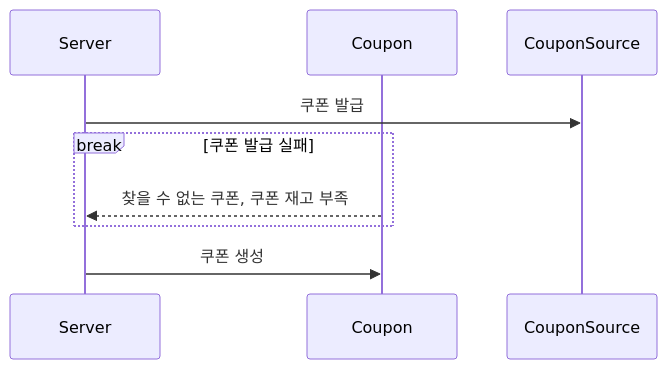
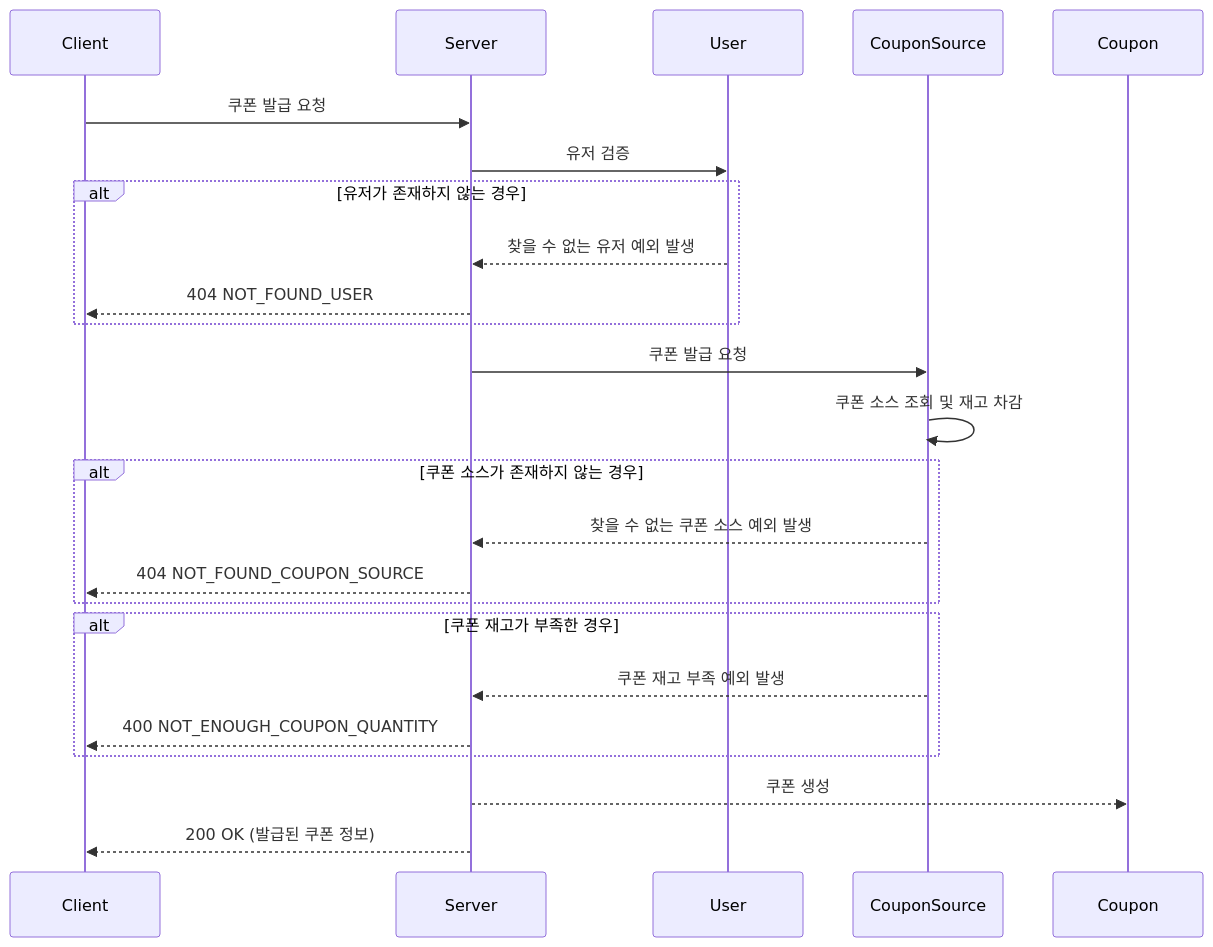
One commit to alert-kim/e-commerce changed the first of 3 diagrams in docs/specs/coupon.md. Above: the diagram before and after it, drawn with Mermaid. The commit also changed other lines of this file and 12 other files, not shown here.

````diff
--- a/docs/specs/coupon.md
+++ b/docs/specs/coupon.md
@@ -7,13 +11,30 @@
 ```mermaid
 sequenceDiagram
+    participant Client
     participant Server
+    participant User
+    participant CouponSource
     participant Coupon
-    participant CouponSource
 
-    Server ->> CouponSource: 쿠폰 발급
-    break 쿠폰 발급 실패
-        Coupon -->> Server: 찾을 수 없는 쿠폰, 쿠폰 재고 부족
+    Client ->> Server: 쿠폰 발급 요청
+    Server ->> User: 유저 검증
+    alt 유저가 존재하지 않는 경우
+        User -->> Server: 찾을 수 없는 유저 예외 발생
+        Server -->> Client: 404 NOT_FOUND_USER
     end
 
-    Server ->> Coupon: 쿠폰 생성
+    Server ->> CouponSource: 쿠폰 발급 요청
+    CouponSource ->> CouponSource: 쿠폰 소스 조회 및 재고 차감
+    alt 쿠폰 소스가 존재하지 않는 경우
+        CouponSource -->> Server: 찾을 수 없는 쿠폰 소스 예외 발생
+        Server -->> Client: 404 NOT_FOUND_COUPON_SOURCE
+    end
+    
+    alt 쿠폰 재고가 부족한 경우
+        CouponSource -->> Server: 쿠폰 재고 부족 예외 발생
+        Server -->> Client: 400 NOT_ENOUGH_COUPON_QUANTITY
+    end
+
+    Server -->> Coupon: 쿠폰 생성
+    Server -->> Client: 200 OK (발급된 쿠폰 정보)
 ```
````
